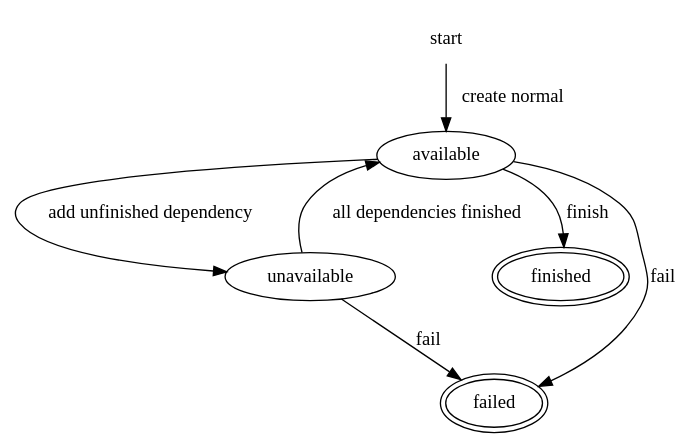
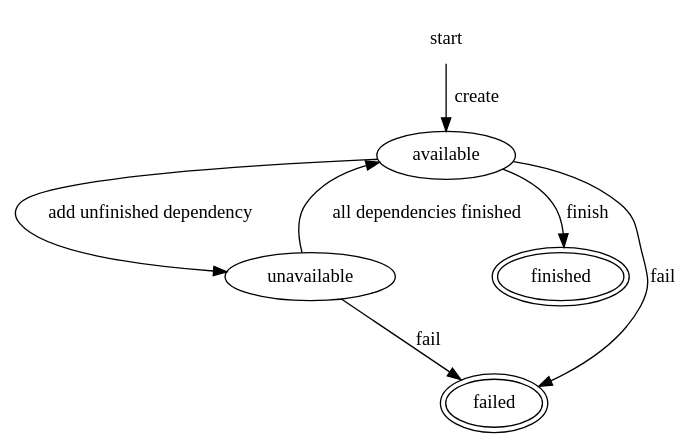
Before and after one commit to NorfairKing/swop: the diagram in diagrams/task_dfs.dot, drawn with Graphviz. The commit also changed 3 other files, not shown here.

```diff
--- a/diagrams/task_dfs.dot
+++ b/diagrams/task_dfs.dot
@@ -1,29 +1,29 @@
 digraph finite_state_machine {
     node [label=""];
 
     start           [label="start", shape=none];
     available       [label="available"];
     unavailable     [label="unavailable"];
     finished        [label="finished", peripheries=2];
     failed          [label="failed",peripheries=2];
 
-    start -> available[label="create normal"];
+    start -> available[label="create"];
 
     available -> unavailable [label="add unfinished dependency"];
     available -> finished    [label="finish"];
     available -> failed      [label="fail"];
 
     unavailable -> available [label="all dependencies finished"];
     unavailable -> failed    [label="fail"];
     // unavailable -> finished not possible
 
     // finished -> available not possible
     // finished -> unavailable not possible
     // finished -> failed not possible
 
     // failed -> available not possible
     // failed -> unavailable not possible
     // failed -> finished not possible
 
 
 }
```
